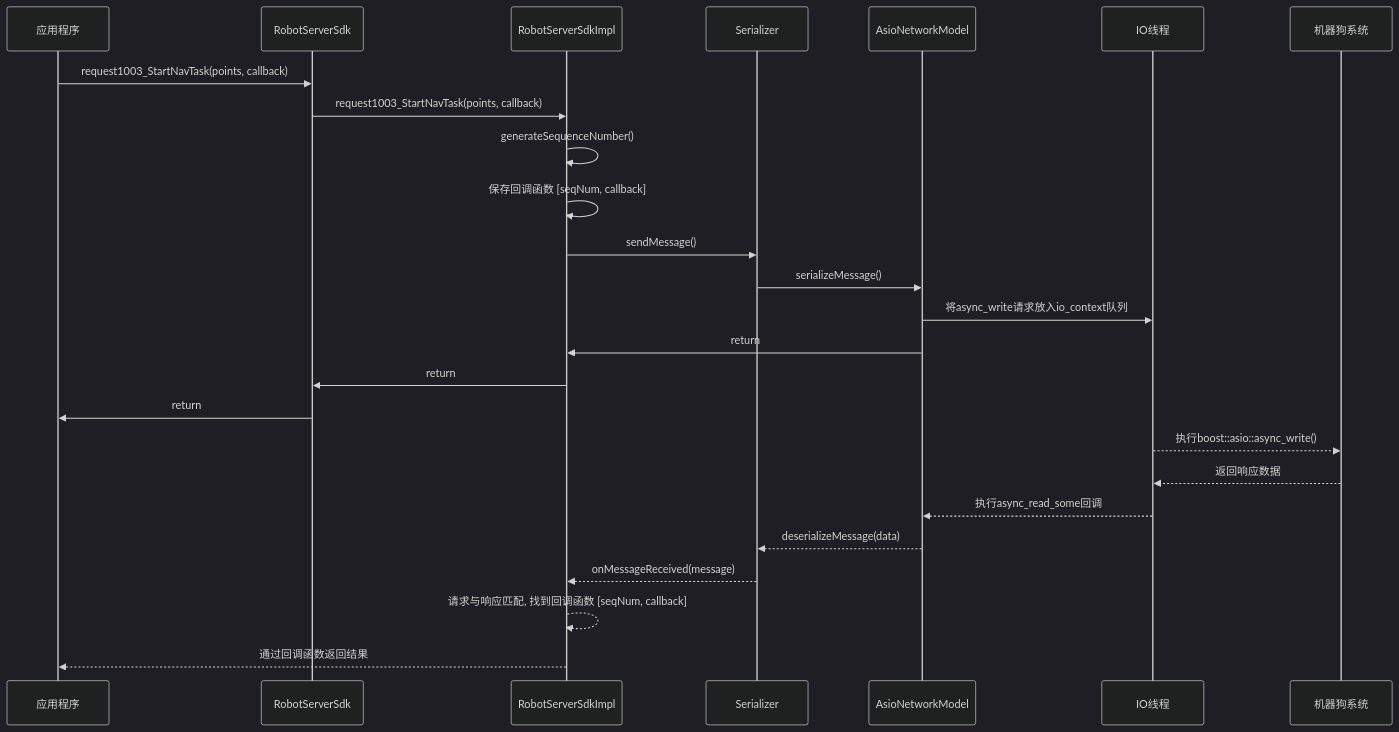
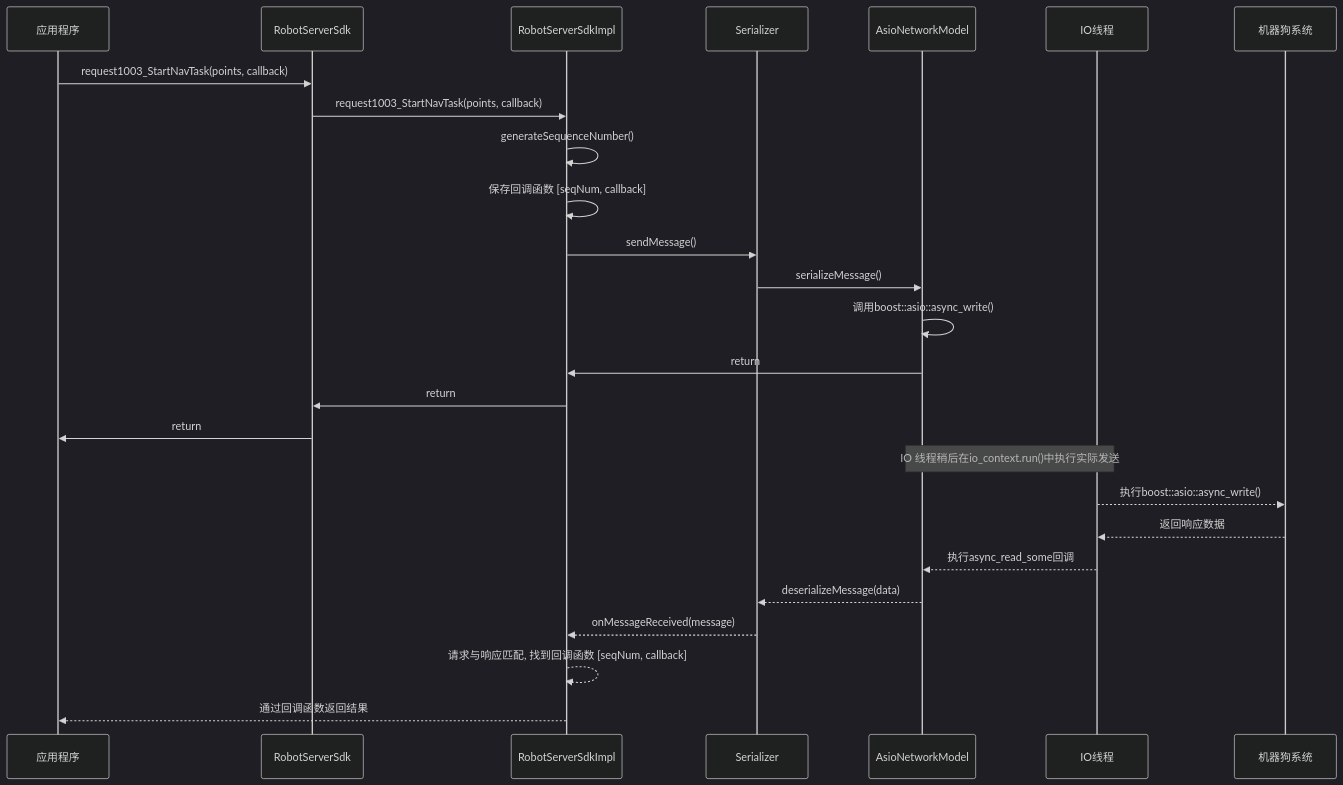
The fourth of 4 diagrams in docs/zh-CN/architecture.zh-CN.md (tailu123/x30-nav-sdk), drawn with Mermaid (dark theme) before and after one commit. The commit also changed other lines of this file and 4 other files, not shown here.

````diff
--- a/docs/zh-CN/architecture.zh-CN.md
+++ b/docs/zh-CN/architecture.zh-CN.md
@@ -276,31 +255,32 @@
 ```mermaid
 sequenceDiagram
     participant App as 应用程序
     participant SDK as RobotServerSdk
     participant Impl as RobotServerSdkImpl
     participant Proto as Serializer
     participant Net as AsioNetworkModel
     participant IO as IO线程
     participant Dog as 机器狗系统
 
     %% Request Flow
     App->>SDK: request1003_StartNavTask(points, callback)
     SDK->>Impl: request1003_StartNavTask(points, callback)
     Impl->>Impl: generateSequenceNumber()
     Impl->>Impl: 保存回调函数 [seqNum, callback]
     Impl->>Proto: sendMessage()
     Proto->>Net: serializeMessage()
-    Net->>IO: 将async_write请求放入io_context队列
+    Net->>Net: 调用boost::asio::async_write()
     Net->>Impl: return
     Impl->>SDK: return
     SDK->>App: return
+    Note over Net, IO: IO 线程稍后在io_context.run()中执行实际发送
     IO-->>Dog: 执行boost::asio::async_write()
 
     %% Response Flow
     Dog-->>IO: 返回响应数据
     IO-->>Net: 执行async_read_some回调
     Net-->>Proto: deserializeMessage(data)
     Proto-->>Impl: onMessageReceived(message)
     Impl-->>Impl: 请求与响应匹配, 找到回调函数 [seqNum, callback]
     Impl-->>App: 通过回调函数返回结果
 ```
````
